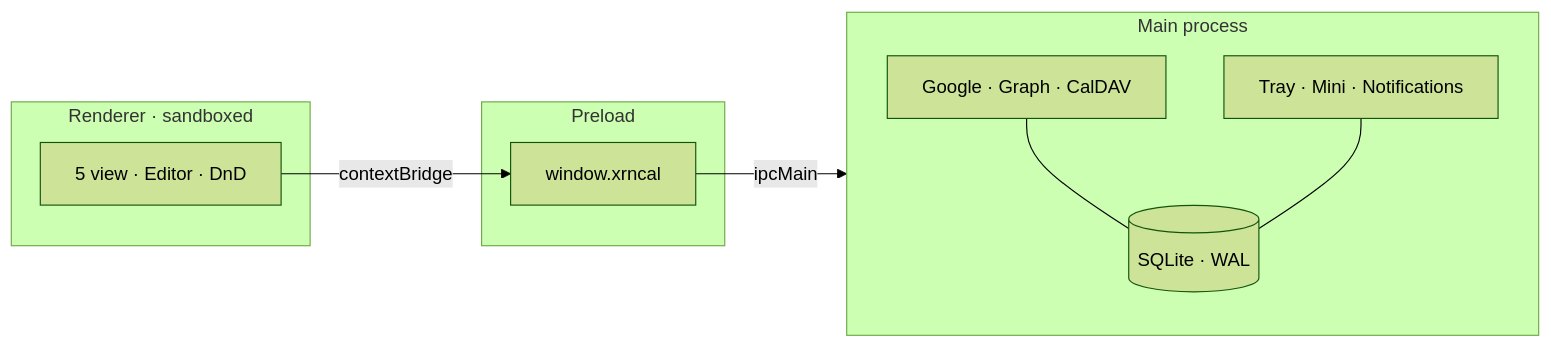
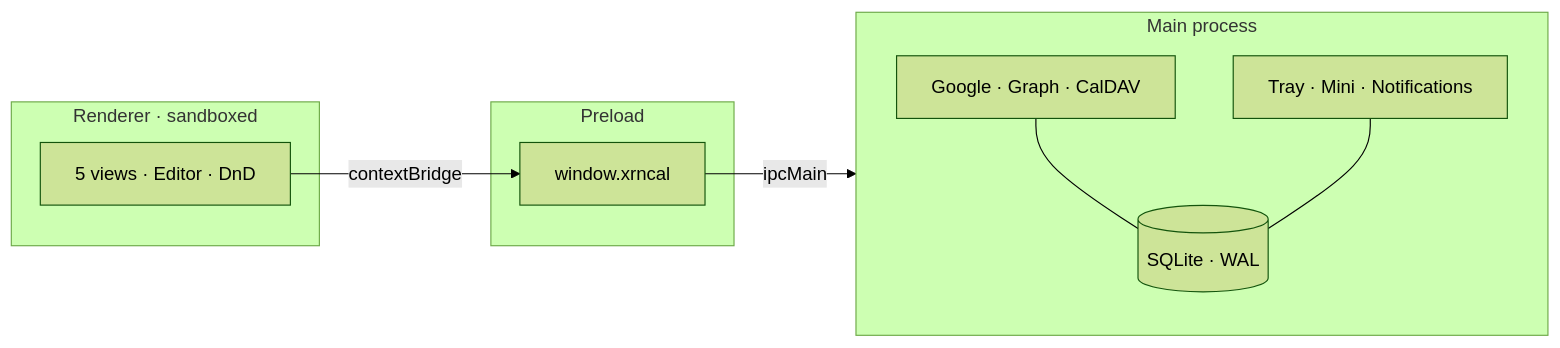
The diagram in README.md (Xernnn/xrncal-desktop), drawn with Mermaid (forest theme) before and after one commit. The commit also changed other lines of this file and 1 other file, not shown here.

````diff
--- a/README.md
+++ b/README.md
@@ -242,18 +246,18 @@
 ```mermaid
 flowchart LR
   subgraph renderer [Renderer · sandboxed]
-    UI[5 view · Editor · DnD]
+    UI[5 views · Editor · DnD]
   end
   subgraph preload [Preload]
     Bridge["window.xrncal"]
   end
   subgraph main [Main process]
     DB[(SQLite · WAL)]
     Sync[Google · Graph · CalDAV]
     OS[Tray · Mini · Notifications]
   end
   UI -->|"contextBridge"| Bridge
   Bridge -->|"ipcMain"| main
   Sync --- DB
   OS --- DB
 ```
````
